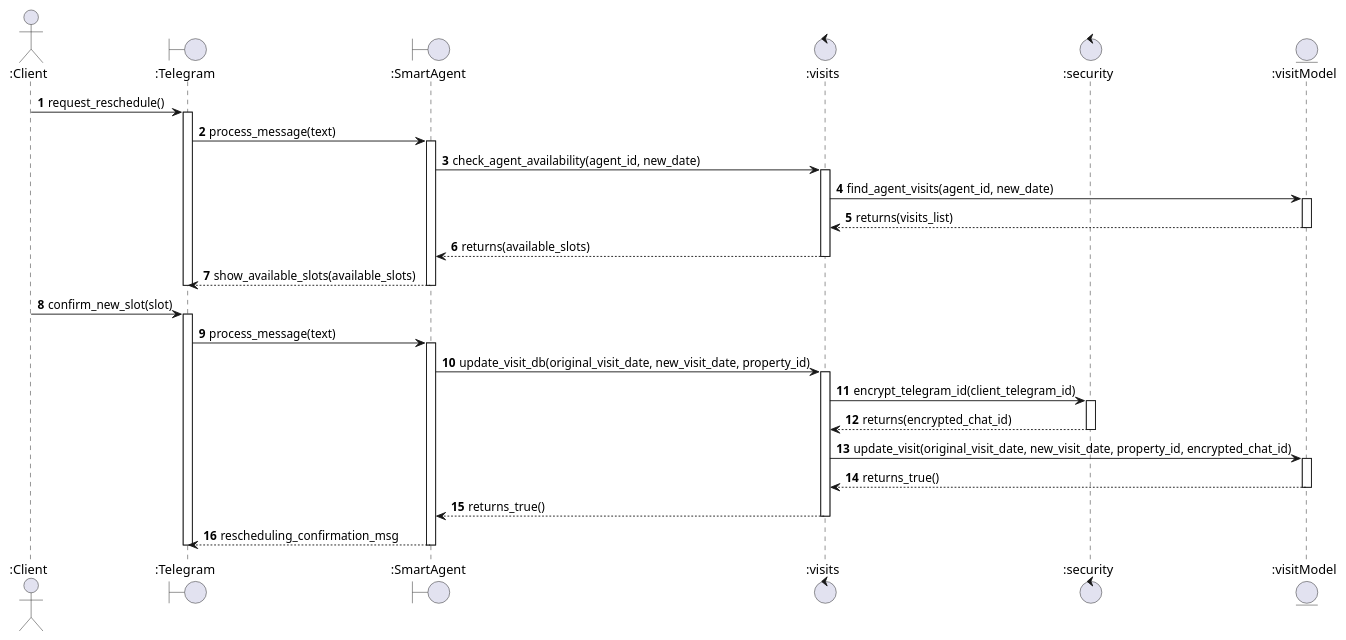
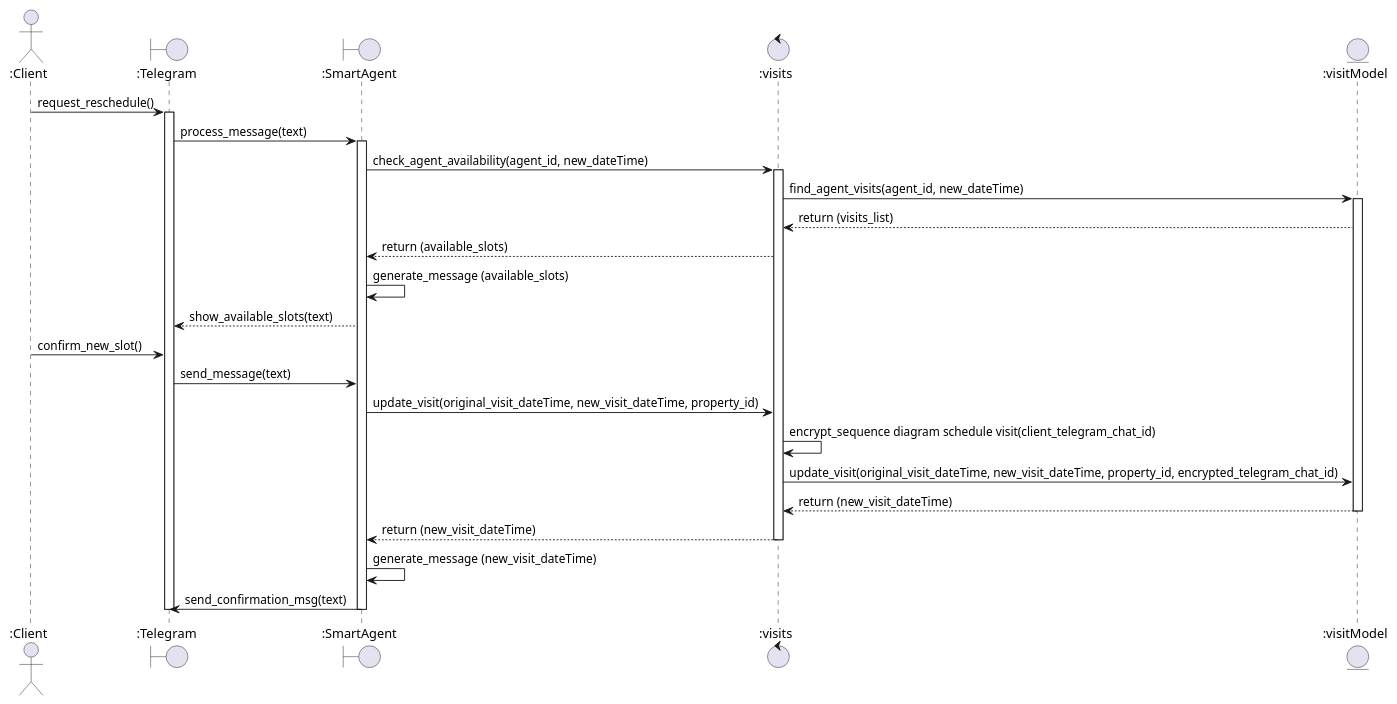
Before and after one commit to israhadjhassine/Graduation-Project-real-estate-automation: the diagram in docs/sequence_diagram_reschedule_visit.puml, drawn with PlantUML. The commit also changed 100 other files, not shown here.

```diff
--- a/docs/sequence_diagram_reschedule_visit.puml
+++ b/docs/sequence_diagram_reschedule_visit.puml
@@ -1,55 +1,46 @@
 @startuml
-autonumber
+
 
 actor ":Client" as Client
 boundary ":Telegram" as Telegram
 boundary ":SmartAgent" as SmartAgent
 control ":visits" as visits
-control ":security" as security
 entity ":visitModel" as visitModel
 
 Client -> Telegram : request_reschedule()
 activate Telegram
 
 Telegram -> SmartAgent : process_message(text)
 activate SmartAgent
 
-SmartAgent -> visits : check_agent_availability(agent_id, new_date)
+SmartAgent -> visits : check_agent_availability(agent_id, new_dateTime)
 activate visits
-visits -> visitModel : find_agent_visits(agent_id, new_date)
+visits -> visitModel : find_agent_visits(agent_id, new_dateTime)
 activate visitModel
-visitModel --> visits : returns(visits_list)
-deactivate visitModel
-visits --> SmartAgent : returns(available_slots)
-deactivate visits
+visitModel --> visits : return (visits_list)
 
-SmartAgent --> Telegram : show_available_slots(available_slots)
-deactivate SmartAgent
-deactivate Telegram
+visits --> SmartAgent : return (available_slots)
+SmartAgent -> SmartAgent : generate_message (available_slots)
 
-Client -> Telegram : confirm_new_slot(slot)
-activate Telegram
+SmartAgent --> Telegram : show_available_slots(text)
 
-Telegram -> SmartAgent : process_message(text)
-activate SmartAgent
+Client -> Telegram : confirm_new_slot()
 
-SmartAgent -> visits : update_visit_db(original_visit_date, new_visit_date, property_id)
-activate visits
+Telegram -> SmartAgent : send_message(text)
 
-visits -> security : encrypt_telegram_id(client_telegram_id)
-activate security
-security --> visits : returns(encrypted_chat_id)
-deactivate security
+SmartAgent -> visits : update_visit(original_visit_dateTime, new_visit_dateTime, property_id)
 
-visits -> visitModel : update_visit(original_visit_date, new_visit_date, property_id, encrypted_chat_id)
-activate visitModel
-visitModel --> visits : returns_true()
+visits -> visits : encrypt_sequence diagram schedule visit(client_telegram_chat_id)
+
+visits -> visitModel : update_visit(original_visit_dateTime, new_visit_dateTime, property_id, encrypted_telegram_chat_id)
+visitModel --> visits : return (new_visit_dateTime)
 deactivate visitModel
 
-visits --> SmartAgent : returns_true()
+visits --> SmartAgent : return (new_visit_dateTime)
+
 deactivate visits
-
-SmartAgent --> Telegram : rescheduling_confirmation_msg
+SmartAgent -> SmartAgent : generate_message (new_visit_dateTime)
+SmartAgent -> Telegram : send_confirmation_msg(text)
 deactivate SmartAgent
 deactivate Telegram
 @enduml
```
